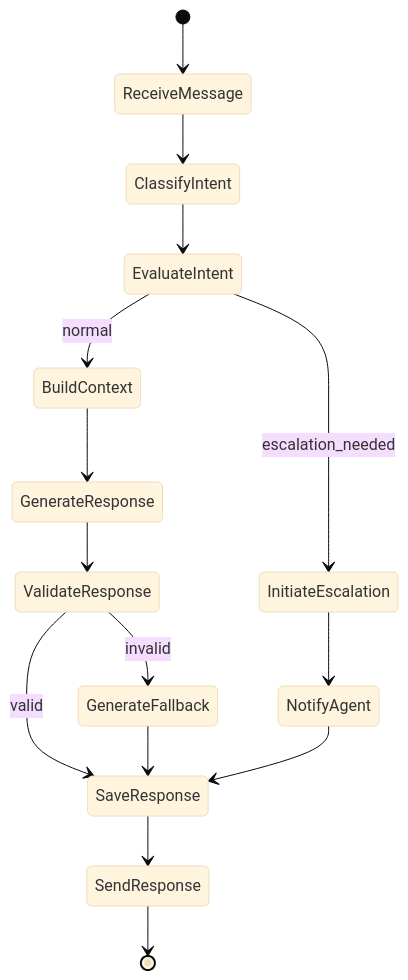
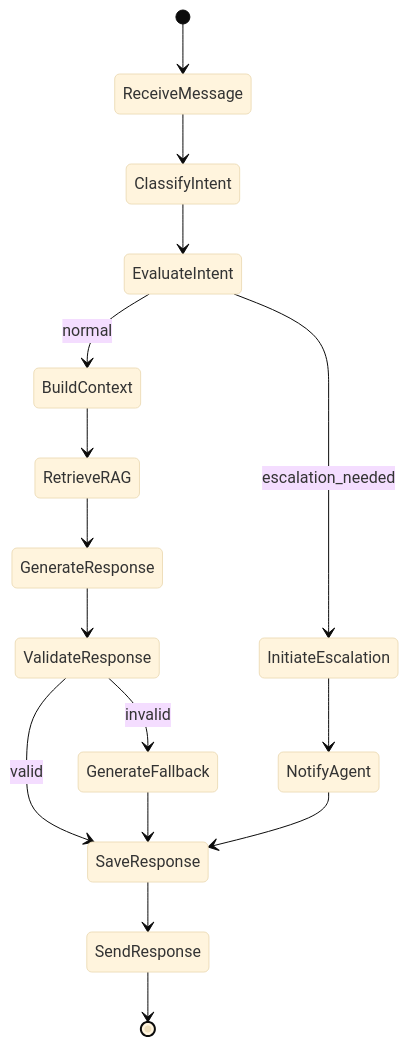
Before and after one commit to jujubear24/ai-customer-service-bot: diagram 13 of 20 in docs/architecture/data-flow.md, drawn with Mermaid (base theme). The commit also changed other lines of this file, not shown here.

First line of the commit message:
docs(architecture): update data-flow.md for Phase 2 completion

````diff
--- a/docs/architecture/data-flow.md
+++ b/docs/architecture/data-flow.md
@@ -314,24 +559,25 @@
 ```mermaid
 stateDiagram-v2
     [*] --> ReceiveMessage
 
     ReceiveMessage --> ClassifyIntent
     ClassifyIntent --> EvaluateIntent
 
     EvaluateIntent --> BuildContext: normal
     EvaluateIntent --> InitiateEscalation: escalation_needed
 
-    BuildContext --> GenerateResponse
+    BuildContext --> RetrieveRAG
+    RetrieveRAG --> GenerateResponse
     GenerateResponse --> ValidateResponse
 
     ValidateResponse --> SaveResponse: valid
     ValidateResponse --> GenerateFallback: invalid
 
     GenerateFallback --> SaveResponse
 
     InitiateEscalation --> NotifyAgent
     NotifyAgent --> SaveResponse
 
     SaveResponse --> SendResponse
     SendResponse --> [*]
 ```
````
